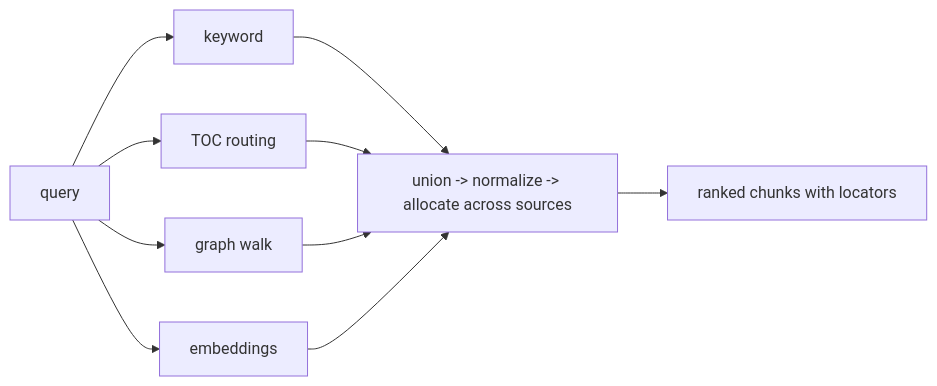
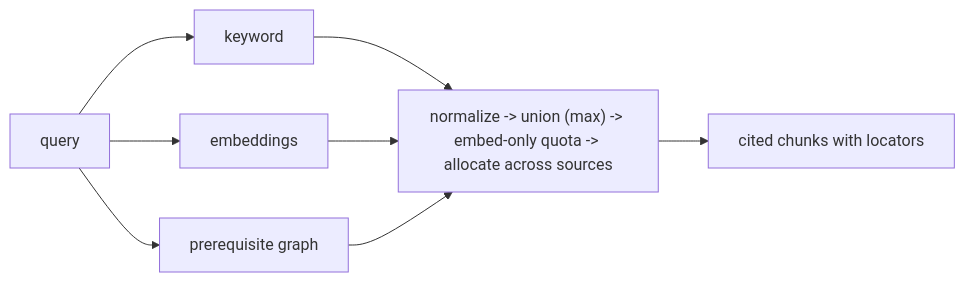
The third of 4 diagrams in docs/architecture.md (RileyK05/Emory_STEM_Advisor), drawn with Mermaid before and after one commit. The commit also changed other lines of this file and 95 other files, not shown here.

````diff
--- a/docs/architecture.md
+++ b/docs/architecture.md
@@ -247,12 +562,10 @@
 ```mermaid
 flowchart LR
     Q["query"] --> K["keyword"]
-    Q --> T["TOC routing"]
-    Q --> G["graph walk"]
     Q --> E["embeddings"]
-    K --> F["union -> normalize -> allocate across sources"]
-    T --> F
-    G --> F
+    Q --> P["prerequisite graph"]
+    K --> F["normalize -> union (max) -> embed-only quota -> allocate across sources"]
     E --> F
-    F --> C["ranked chunks with locators"]
+    P --> F
+    F --> C["cited chunks with locators"]
 ```
````
